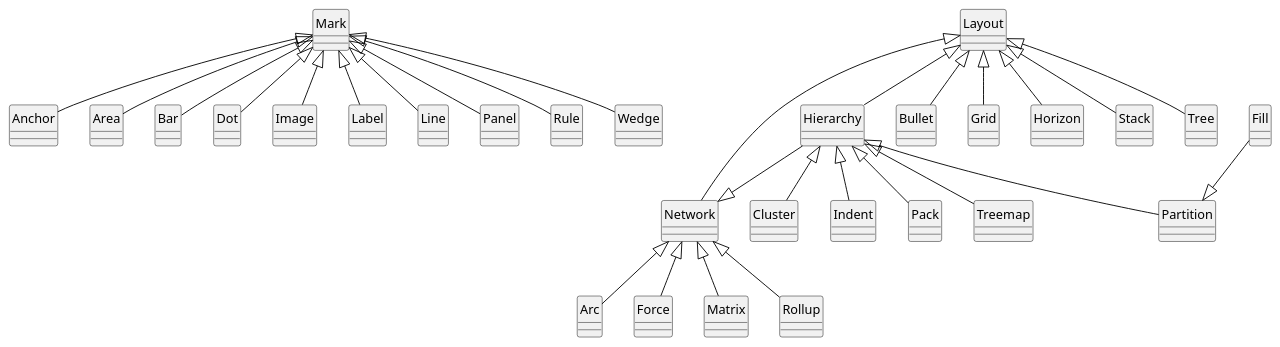
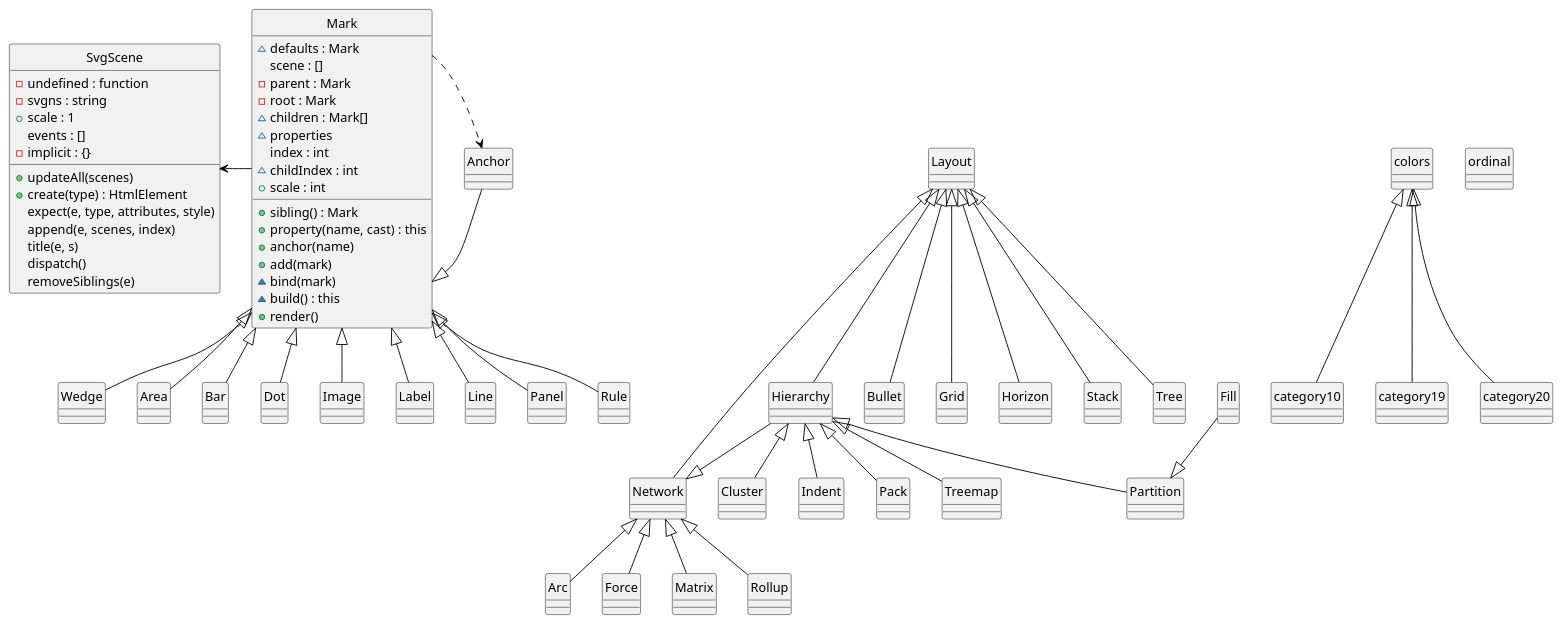
The diagram in doc/protovis.puml (isleon/protovis), drawn with PlantUML before and after one commit.

```diff
--- a/doc/protovis.puml
+++ b/doc/protovis.puml
@@ -1,43 +1,89 @@
 @startuml
 
 'skinparam monochrome true
 'skinparam classBackgroundColor White
 skinparam classArrowColor Black
 skinparam classBorderColor Black
 skinparam stereotypeCBackgroundColor Gray
 'hide members
 hide circle
 
-class Mark
+class Mark {
+    ~defaults : Mark
+    scene : []
+    -parent : Mark
+    -root : Mark
+    ~children : Mark[]
+    ~properties
+    index : int
+    ~childIndex : int
+    +scale : int
+    +sibling() : Mark
+    +property(name, cast) : this
+    +anchor(name)
+    +add(mark)
+    '+def(name, v)
+    ~bind(mark)
+    ~build() : this
+    +render()
+}
+
+class Wedge {
+    '-cousin()
+}
 Mark <|-- Anchor
 Mark <|-- Area
 Mark <|-- Bar
 Mark <|-- Dot
 Mark <|-- Image
 Mark <|-- Label
 Mark <|-- Line
 Mark <|-- Panel
 Mark <|-- Rule
 Mark <|-- Wedge
+Mark -l-> SvgScene
+Mark .r.> Anchor
 
 class Layout
 Layout <|-- Hierarchy 
 Layout <|-- Network
 Layout <|-- Bullet
 Layout <|-- Grid
 Layout <|-- Horizon
 Layout <|-- Stack
 Layout <|-- Tree
 Hierarchy --|> Network
 Hierarchy <|-- Cluster
 Hierarchy <|-- Indent
 Hierarchy <|-- Pack
 Hierarchy <|-- Partition
 Hierarchy <|-- Treemap
 Network <|-- Arc
 Network <|-- Force
 Network <|-- Matrix
 Network <|-- Rollup
 Fill --|> Partition 
 
+class colors
+colors <|-- category10
+colors <|-- category19
+colors <|-- category20
+
+class ordinal 
+
+class SvgScene {
+    -undefined : function
+    -svgns : string
+    +scale : 1
+    events : []
+    -implicit : {}
+    +updateAll(scenes)
+    +create(type) : HtmlElement
+    expect(e, type, attributes, style)
+    append(e, scenes, index)
+    title(e, s)
+    dispatch()
+    removeSiblings(e)
+}
+
 @enduml
```
